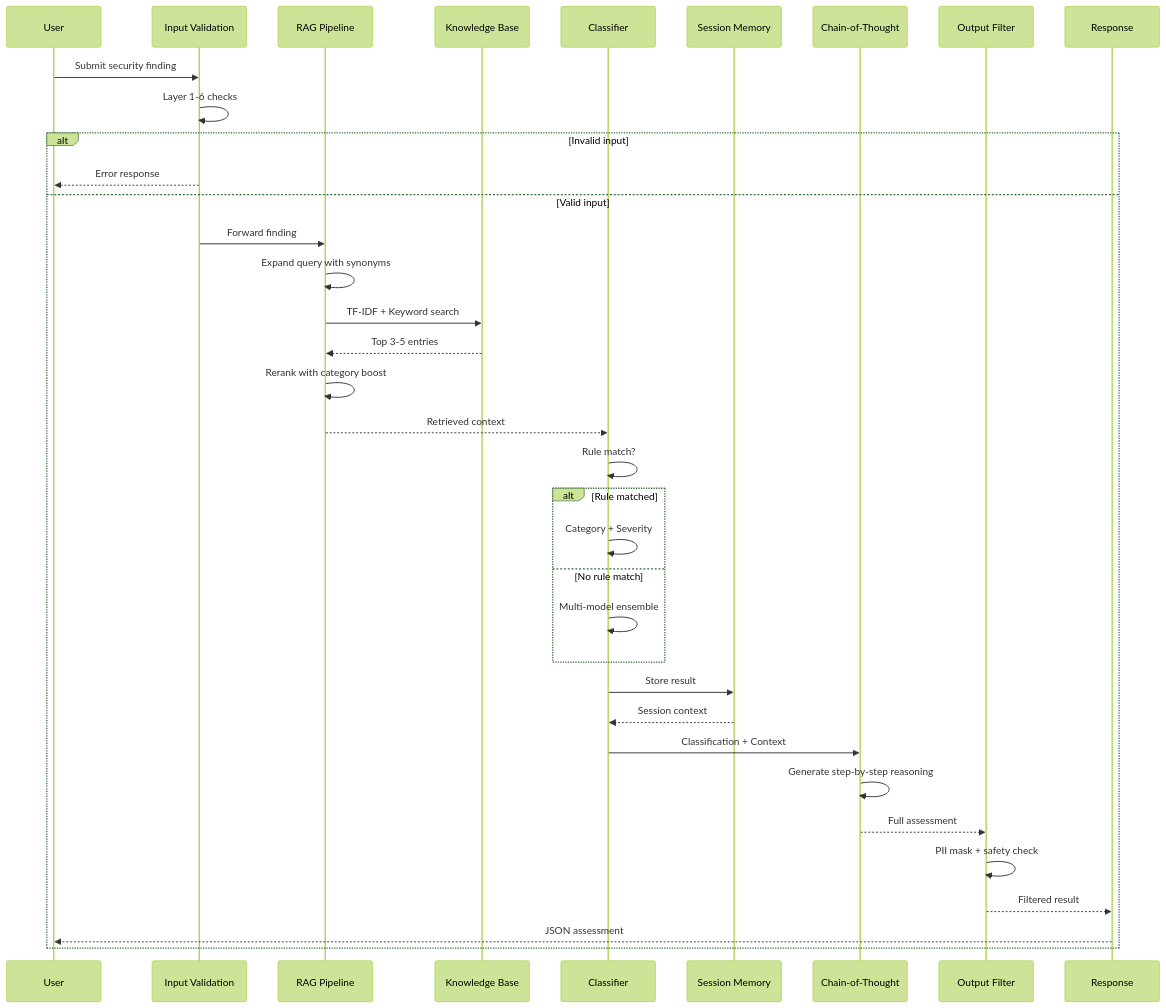
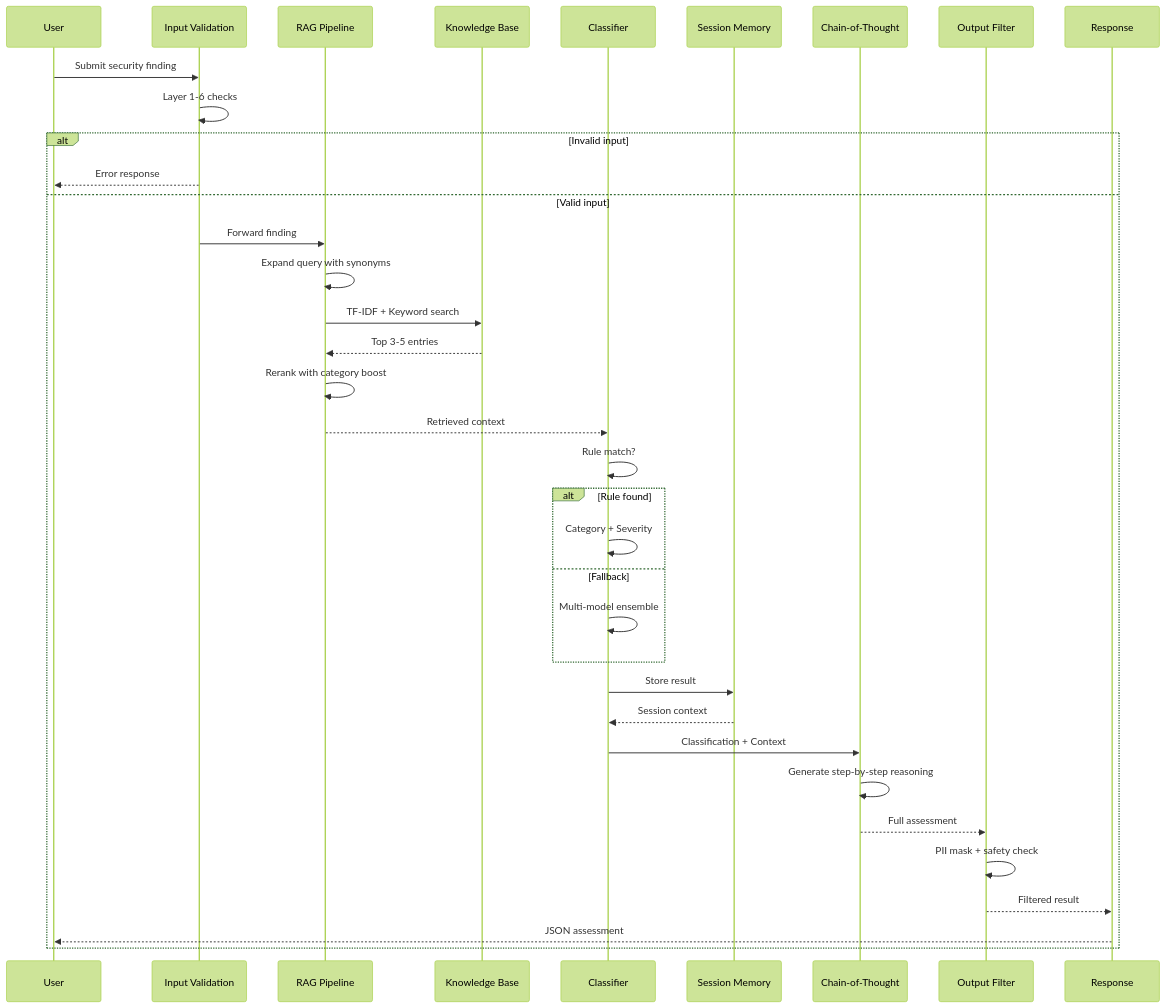
The seventh of 10 diagrams in README.md (tukue/devsecops-platform-agent), drawn with Mermaid (forest theme) before and after one commit. The commit also changed other lines of this file, not shown here.

Commit message:
Update architecture diagram labels: rule found / fallback instead of matched / no match

````diff
--- a/README.md
+++ b/README.md
@@ -401,43 +401,43 @@
 ```mermaid
 sequenceDiagram
     participant User
     participant Validation as Input Validation
     participant RAG as RAG Pipeline
     participant KB as Knowledge Base
     participant Classify as Classifier
     participant Memory as Session Memory
     participant CoT as Chain-of-Thought
     participant Filter as Output Filter
     participant Response as Response
 
     User->>Validation: Submit security finding
     Validation->>Validation: Layer 1-6 checks
     alt Invalid input
         Validation-->>User: Error response
     else Valid input
         Validation->>RAG: Forward finding
         RAG->>RAG: Expand query with synonyms
         RAG->>KB: TF-IDF + Keyword search
         KB-->>RAG: Top 3-5 entries
         RAG->>RAG: Rerank with category boost
         RAG-->>Classify: Retrieved context
 
         Classify->>Classify: Rule match?
-        alt Rule matched
+        alt Rule found
             Classify->>Classify: Category + Severity
-        else No rule match
+        else Fallback
             Classify->>Classify: Multi-model ensemble
         end
 
         Classify->>Memory: Store result
         Memory-->>Classify: Session context
 
         Classify->>CoT: Classification + Context
         CoT->>CoT: Generate step-by-step reasoning
         CoT-->>Filter: Full assessment
 
         Filter->>Filter: PII mask + safety check
         Filter-->>Response: Filtered result
         Response-->>User: JSON assessment
     end
 ```
````
